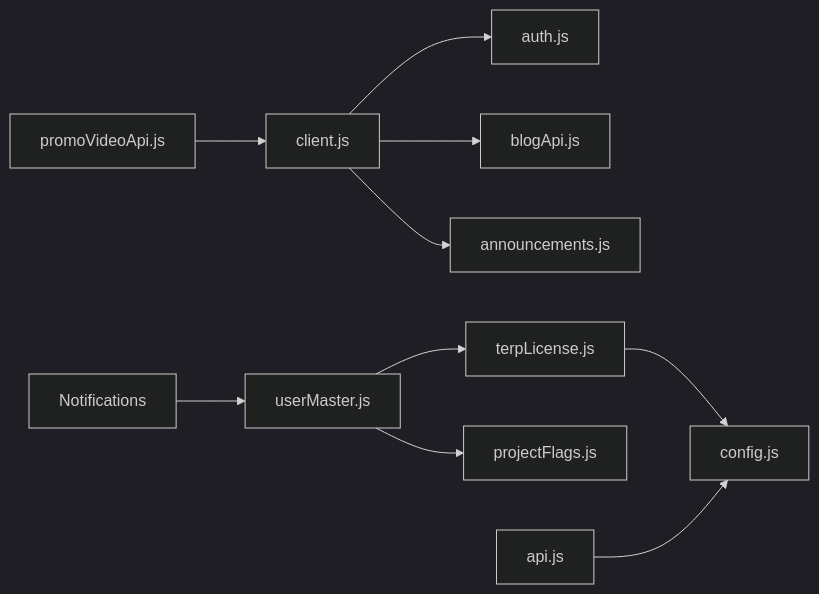
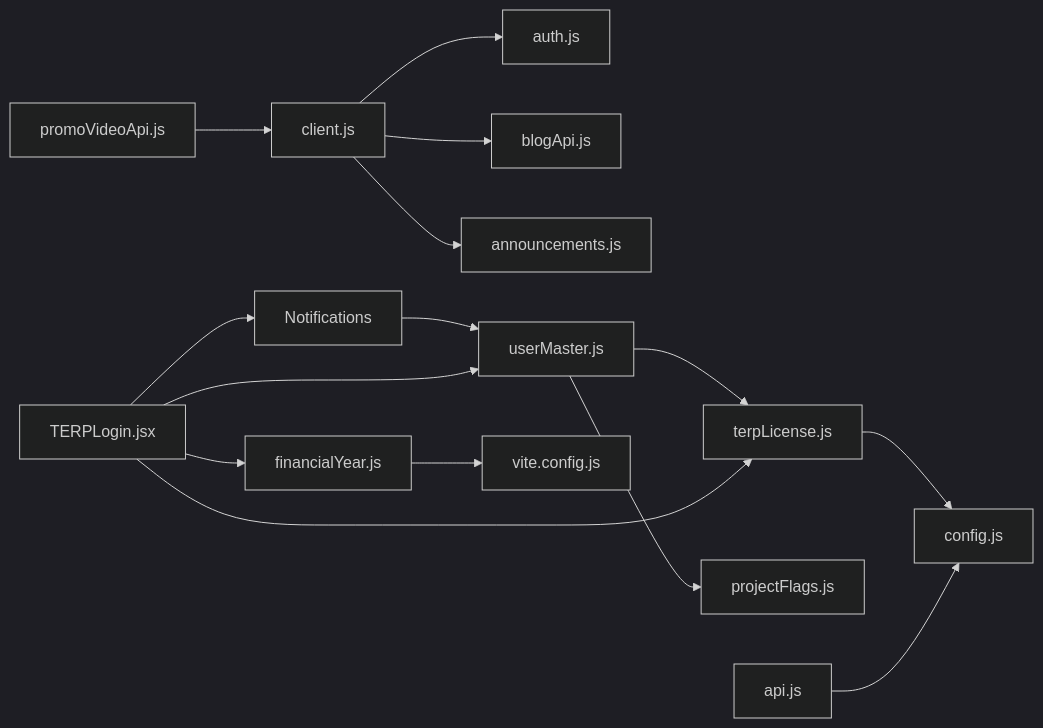
Before and after one commit to imcbsglobal/TRELLISCO_ERP_FRONTEND: diagram 13 of 13 in .qoder/repowiki/en/content/Application Architecture/API Integration Patterns.md, drawn with Mermaid (dark theme). The commit also changed other lines of this file and 29 other files, not shown here.

````diff
--- a/.qoder/repowiki/en/content/Application Architecture/API Integration Patterns.md
+++ b/.qoder/repowiki/en/content/Application Architecture/API Integration Patterns.md
@@ -470,12 +556,17 @@
 ```mermaid
 graph LR
 Client["client.js"] --> Auth["auth.js"]
 Client --> Blog["blogApi.js"]
 Client --> Announcements["announcements.js"]
 Promo["promoVideoApi.js"] --> Client
 Terp["terpLicense.js"] --> Config["config.js"]
 UserMaster["userMaster.js"] --> ProjectFlags["projectFlags.js"]
 UserMaster --> Terp
 Notifications --> UserMaster
+FinancialYear["financialYear.js"] --> ViteConfig["vite.config.js"]
 ApiLegacy["api.js"] --> Config
+TERPLogin["TERPLogin.jsx"] --> FinancialYear
+TERPLogin --> Terp
+TERPLogin --> UserMaster
+TERPLogin --> Notifications
 ```
````
